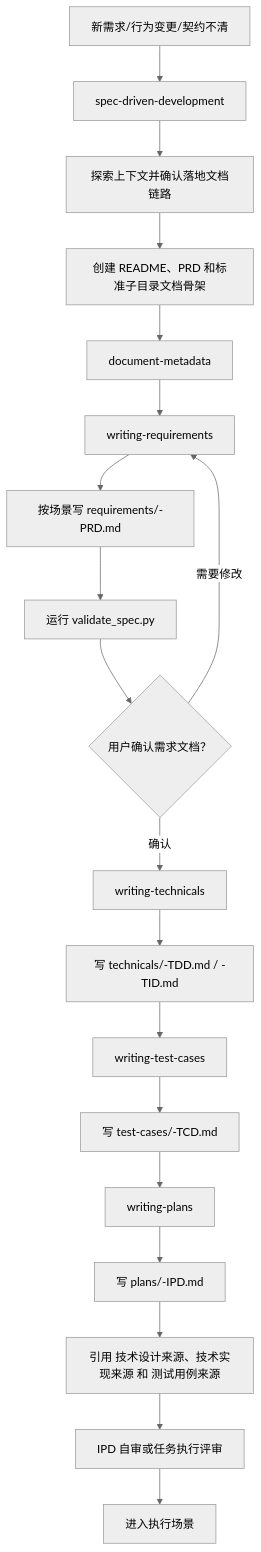
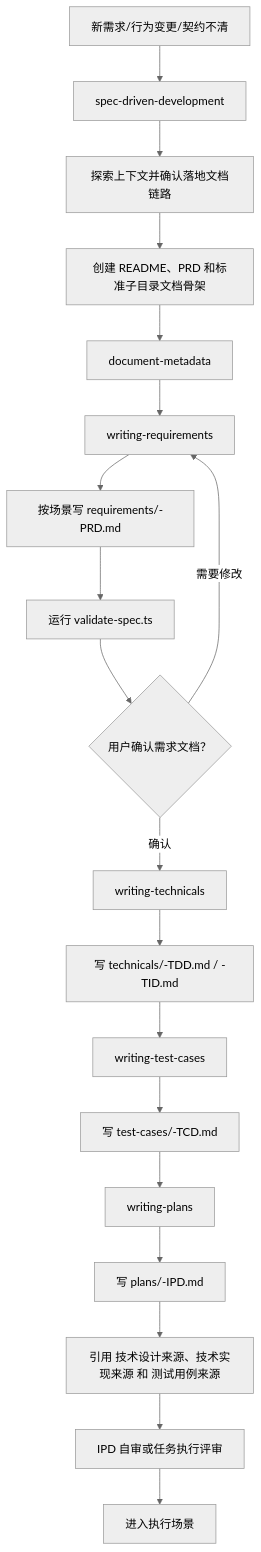
The fourth of 12 diagrams in docs/workflow-chain.md (Vincen-dev/coding-plugins), drawn with Mermaid (neutral theme) before and after one commit. The commit also changed other lines of this file and 158 other files, not shown here.

````diff
--- a/docs/workflow-chain.md
+++ b/docs/workflow-chain.md
@@ -212,21 +212,21 @@
 ```mermaid
 flowchart TD
   A["新需求/行为变更/契约不清"] --> B["spec-driven-development"]
   B --> C["探索上下文并确认落地文档链路"]
   C --> SCAFFOLD["创建 README、PRD 和标准子目录文档骨架"]
   SCAFFOLD --> META["document-metadata"]
   META --> D["writing-requirements"]
   D --> E["按场景写 requirements/<doc-id>-PRD.md"]
-  E --> F["运行 validate_spec.py"]
+  E --> F["运行 validate-spec.ts"]
   F --> G{"用户确认需求文档？"}
   G -->|需要修改| D
   G -->|确认| TD["writing-technicals"]
   TD --> H["写 technicals/<doc-id>-TDD.md / <doc-id>-TID.md"]
   H --> TC["writing-test-cases"]
   TC --> I["写 test-cases/<doc-id>-TCD.md"]
   I --> PLAN["writing-plans"]
   PLAN --> J["写 plans/<doc-id>-IPD.md"]
   J --> K["引用 技术设计来源、技术实现来源 和 测试用例来源"]
   K --> L["IPD 自审或任务执行评审"]
   L --> M["进入执行场景"]
 ```
````
